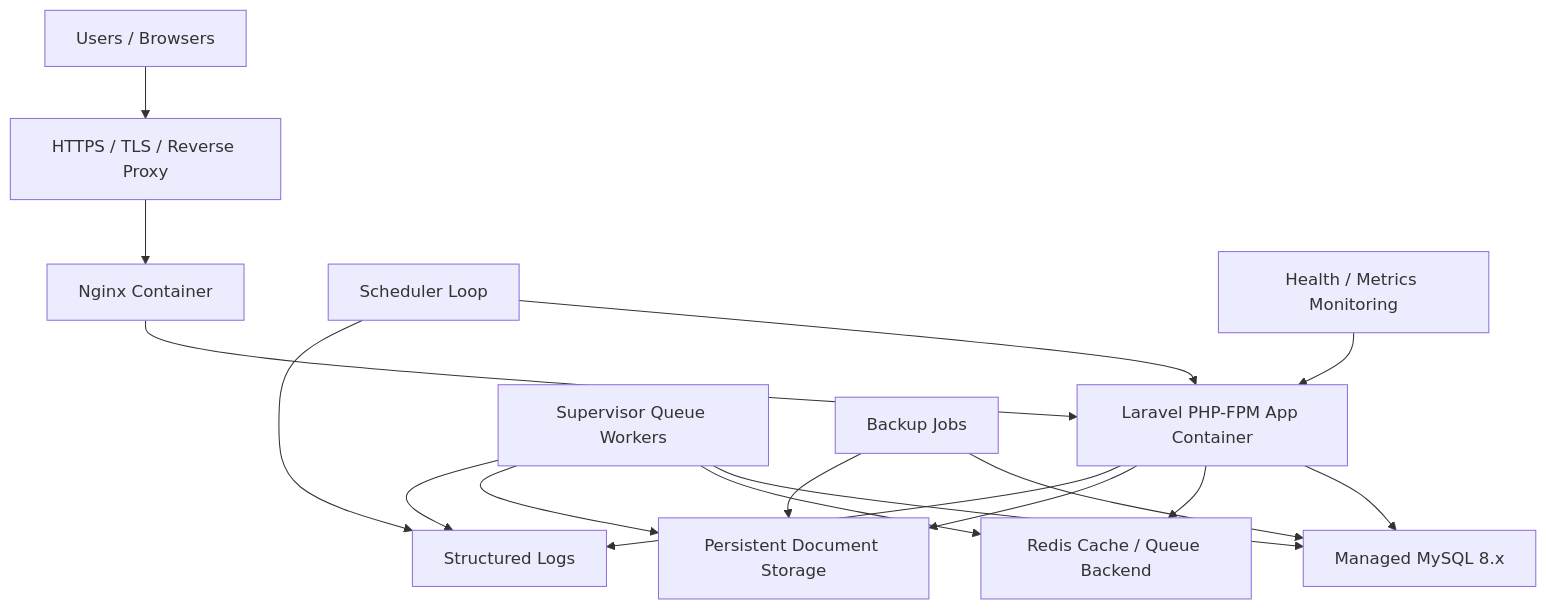
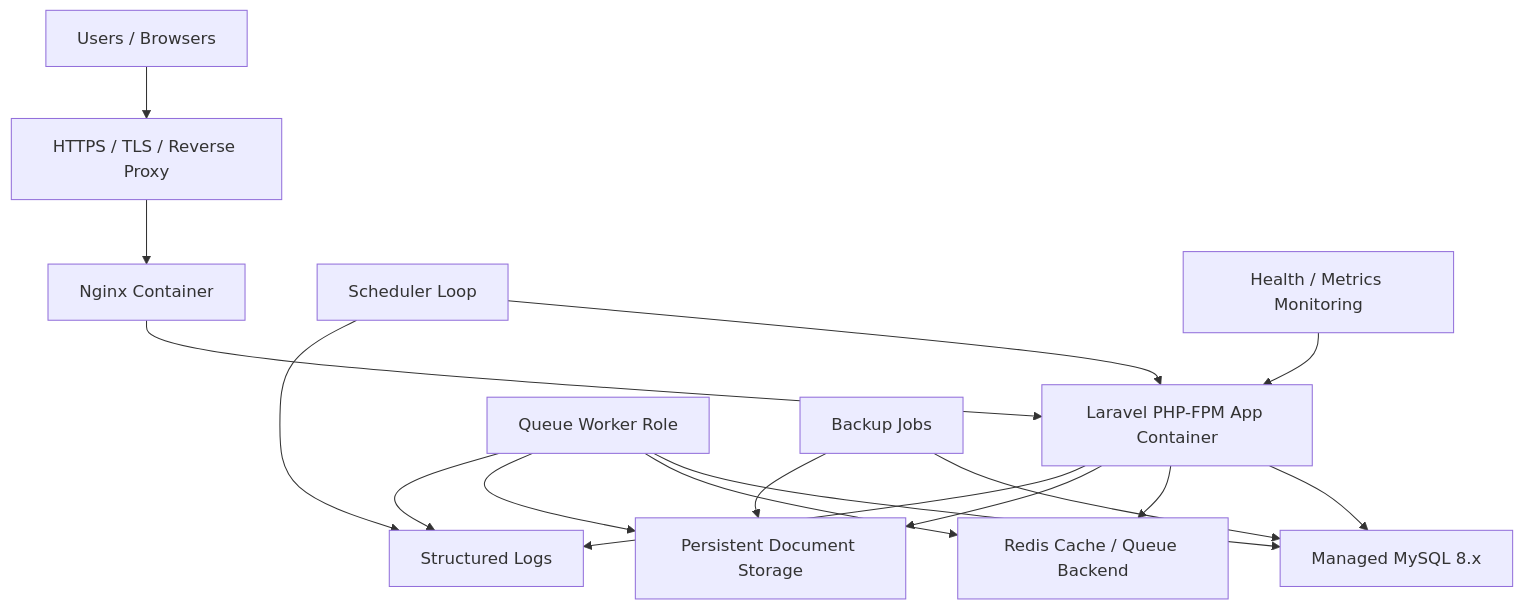
The diagram in docs/releases/RC1_DEPLOYMENT_STRATEGY.md (shadowfax-505/CiviLens), drawn with Mermaid before and after one commit. The commit also changed other lines of this file and 9 other files, not shown here.

````diff
--- a/docs/releases/RC1_DEPLOYMENT_STRATEGY.md
+++ b/docs/releases/RC1_DEPLOYMENT_STRATEGY.md
@@ -58,19 +57,19 @@
 ```mermaid
 flowchart TD
     U["Users / Browsers"] --> CDN["HTTPS / TLS / Reverse Proxy"]
     CDN --> NGINX["Nginx Container"]
     NGINX --> APP["Laravel PHP-FPM App Container"]
     APP --> DB["Managed MySQL 8.x"]
     APP --> REDIS["Redis Cache / Queue Backend"]
     APP --> STORAGE["Persistent Document Storage"]
-    WORKER["Supervisor Queue Workers"] --> DB
+    WORKER["Queue Worker Role"] --> DB
     WORKER --> REDIS
     WORKER --> STORAGE
     SCHED["Scheduler Loop"] --> APP
     APP --> LOGS["Structured Logs"]
     WORKER --> LOGS
     SCHED --> LOGS
     MON["Health / Metrics Monitoring"] --> APP
     BACKUP["Backup Jobs"] --> DB
     BACKUP --> STORAGE
 ```
````
